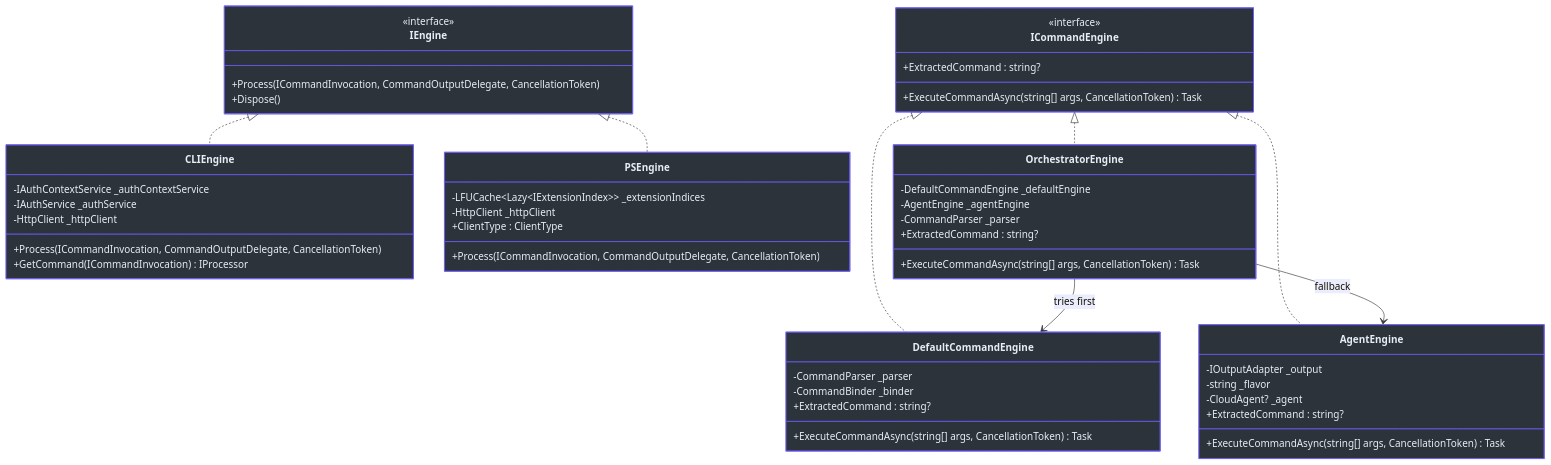
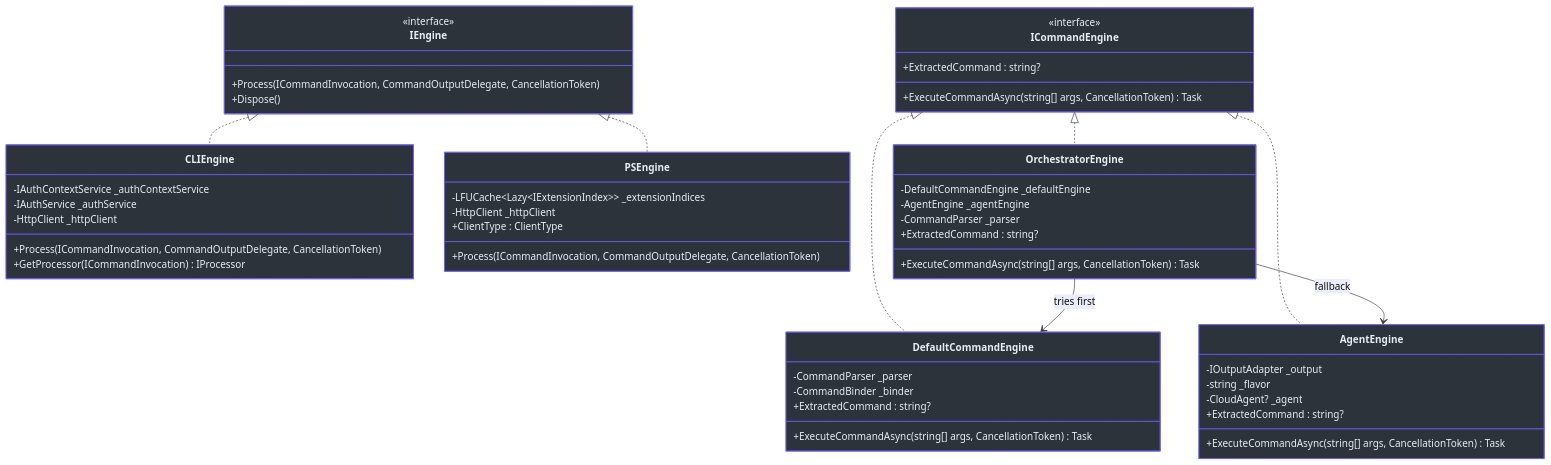
One commit to Azure/azclips changed the first of 3 diagrams in wiki/02-deep-dive/core-engine-orchestration.md. Above: the diagram before and after it, drawn with Mermaid. The commit also changed other lines of this file and 35 other files, not shown here.

Commit message:
7. Rename classes implemented IProcessor to Processor instead of Command

````diff
--- a/wiki/02-deep-dive/core-engine-orchestration.md
+++ b/wiki/02-deep-dive/core-engine-orchestration.md
@@ -29,64 +29,64 @@
 ```mermaid
 classDiagram
     direction TB
 
     class IEngine {
         <<interface>>
         +Process(ICommandInvocation, CommandOutputDelegate, CancellationToken)
         +Dispose()
     }
     class ICommandEngine {
         <<interface>>
         +ExtractedCommand : string?
         +ExecuteCommandAsync(string[] args, CancellationToken) Task
     }
     class CLIEngine {
         -IAuthContextService _authContextService
         -IAuthService _authService
         -HttpClient _httpClient
         +Process(ICommandInvocation, CommandOutputDelegate, CancellationToken)
-        +GetCommand(ICommandInvocation) IProcessor
+        +GetProcessor(ICommandInvocation) IProcessor
     }
     class PSEngine {
         -LFUCache~Lazy~IExtensionIndex~~ _extensionIndices
         -HttpClient _httpClient
         +ClientType : ClientType
         +Process(ICommandInvocation, CommandOutputDelegate, CancellationToken)
     }
     class OrchestratorEngine {
         -DefaultCommandEngine _defaultEngine
         -AgentEngine _agentEngine
         -CommandParser _parser
         +ExtractedCommand : string?
         +ExecuteCommandAsync(string[] args, CancellationToken) Task
     }
     class DefaultCommandEngine {
         -CommandParser _parser
         -CommandBinder _binder
         +ExtractedCommand : string?
         +ExecuteCommandAsync(string[] args, CancellationToken) Task
     }
     class AgentEngine {
         -IOutputAdapter _output
         -string _flavor
         -CloudAgent? _agent
         +ExtractedCommand : string?
         +ExecuteCommandAsync(string[] args, CancellationToken) Task
     }
 
     IEngine <|.. CLIEngine
     IEngine <|.. PSEngine
     ICommandEngine <|.. OrchestratorEngine
     ICommandEngine <|.. DefaultCommandEngine
     ICommandEngine <|.. AgentEngine
     OrchestratorEngine --> DefaultCommandEngine : tries first
     OrchestratorEngine --> AgentEngine : fallback
 
     style IEngine fill:#2d333b,stroke:#6d5dfc,color:#e6edf3
     style ICommandEngine fill:#2d333b,stroke:#6d5dfc,color:#e6edf3
     style CLIEngine fill:#2d333b,stroke:#6d5dfc,color:#e6edf3
     style PSEngine fill:#2d333b,stroke:#6d5dfc,color:#e6edf3
     style OrchestratorEngine fill:#2d333b,stroke:#6d5dfc,color:#e6edf3
     style DefaultCommandEngine fill:#2d333b,stroke:#6d5dfc,color:#e6edf3
     style AgentEngine fill:#2d333b,stroke:#6d5dfc,color:#e6edf3
 ```
````
